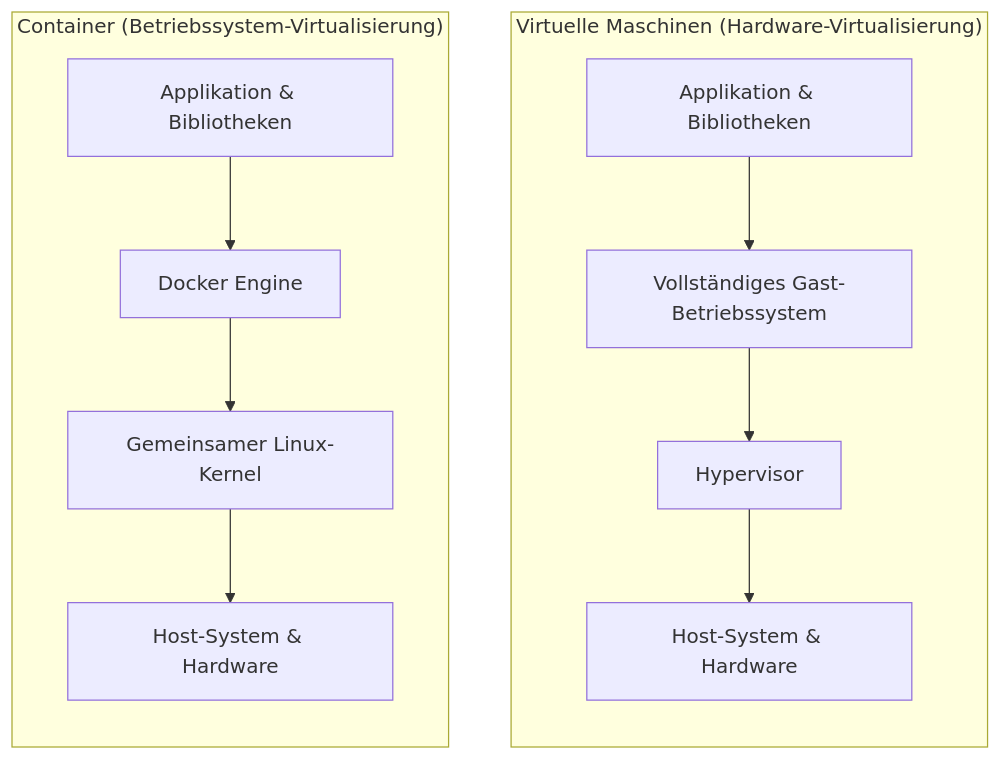
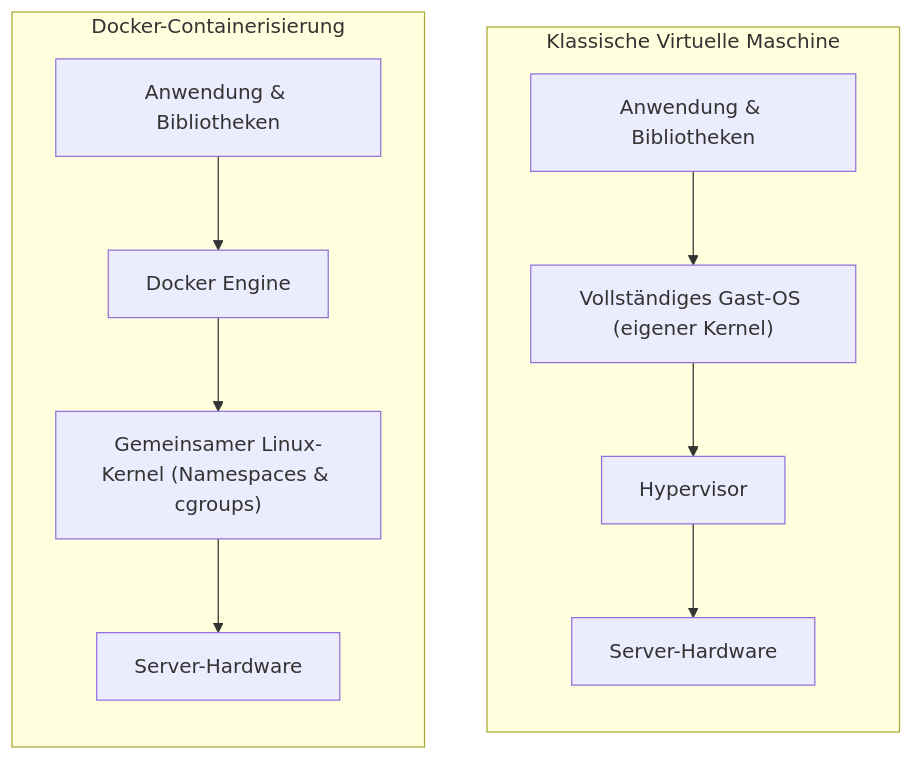
One commit to Pascal-Thommen/pascal-thommen.github.io changed the first of 3 diagrams in content/posts/upa-campus-app-architecture-part-2/index.de.md. Above: the diagram before and after it, drawn with Mermaid. The commit also changed other lines of this file and 25 other files, not shown here.

````diff
--- a/content/posts/upa-campus-app-architecture-part-2/index.de.md
+++ b/content/posts/upa-campus-app-architecture-part-2/index.de.md
@@ -28,19 +30,13 @@
 ```mermaid
 flowchart TD
-    subgraph VM_Arch["Virtuelle Maschinen (Hardware-Virtualisierung)"]
+    subgraph VM_Stack["Klassische Virtuelle Maschine"]
         direction TB
-        AppVM["Applikation & Bibliotheken"]
-        GuestOS["Vollständiges Gast-Betriebssystem"]
-        Hypervisor["Hypervisor"]
-        HostHW1["Host-System & Hardware"]
-        AppVM --> GuestOS --> Hypervisor --> HostHW1
+        V1["Anwendung & Bibliotheken"] --> V2["Vollständiges Gast-OS (eigener Kernel)"]
+        V2 --> V3["Hypervisor"] --> V4["Server-Hardware"]
     end
-    subgraph Docker_Arch["Container (Betriebssystem-Virtualisierung)"]
+    subgraph Container_Stack["Docker-Containerisierung"]
         direction TB
-        AppDocker["Applikation & Bibliotheken"]
-        Engine["Docker Engine"]
-        SharedKernel["Gemeinsamer Linux-Kernel"]
-        HostHW2["Host-System & Hardware"]
-        AppDocker --> Engine --> SharedKernel --> HostHW2
+        C1["Anwendung & Bibliotheken"] --> C2["Docker Engine"]
+        C2 --> C3["Gemeinsamer Linux-Kernel (Namespaces & cgroups)"] --> C4["Server-Hardware"]
     end
 ```
````
